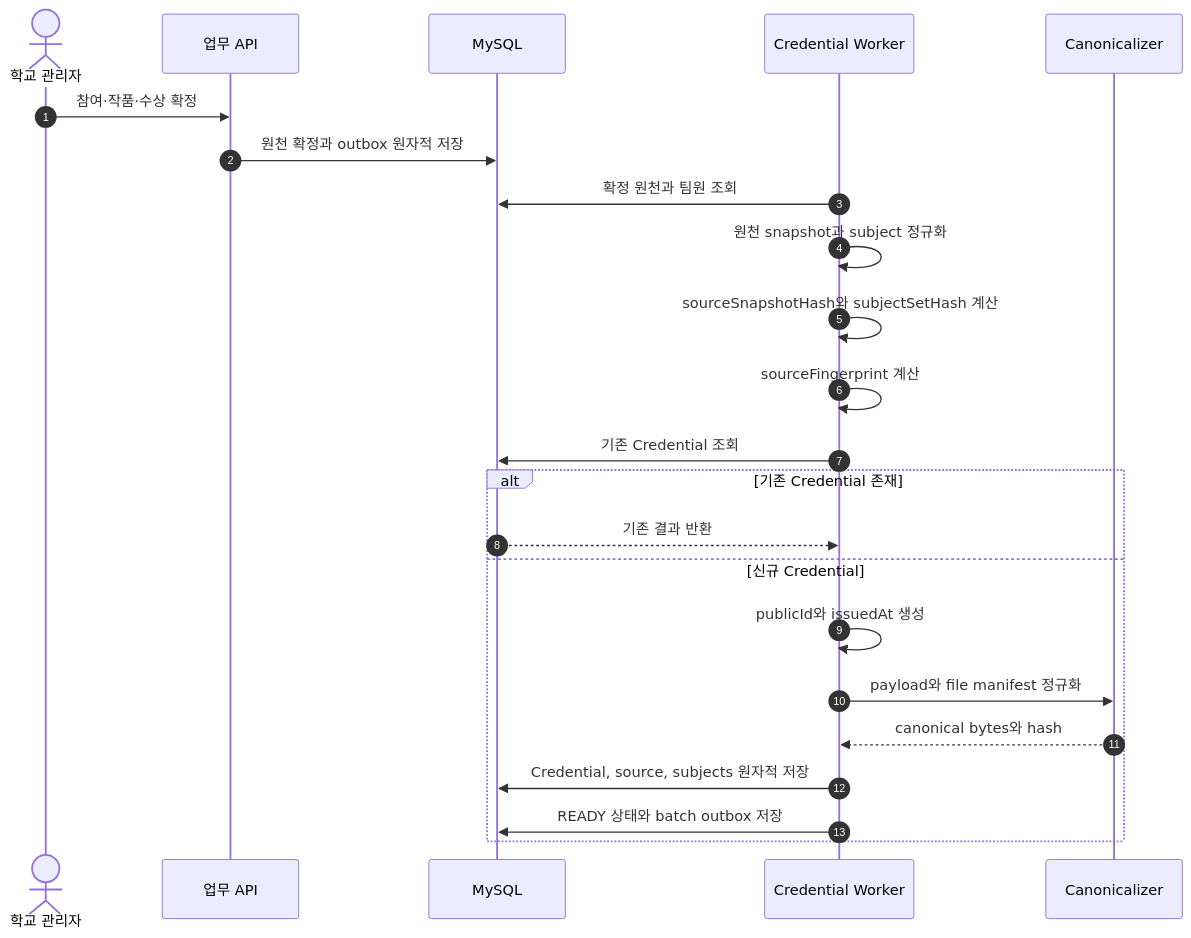
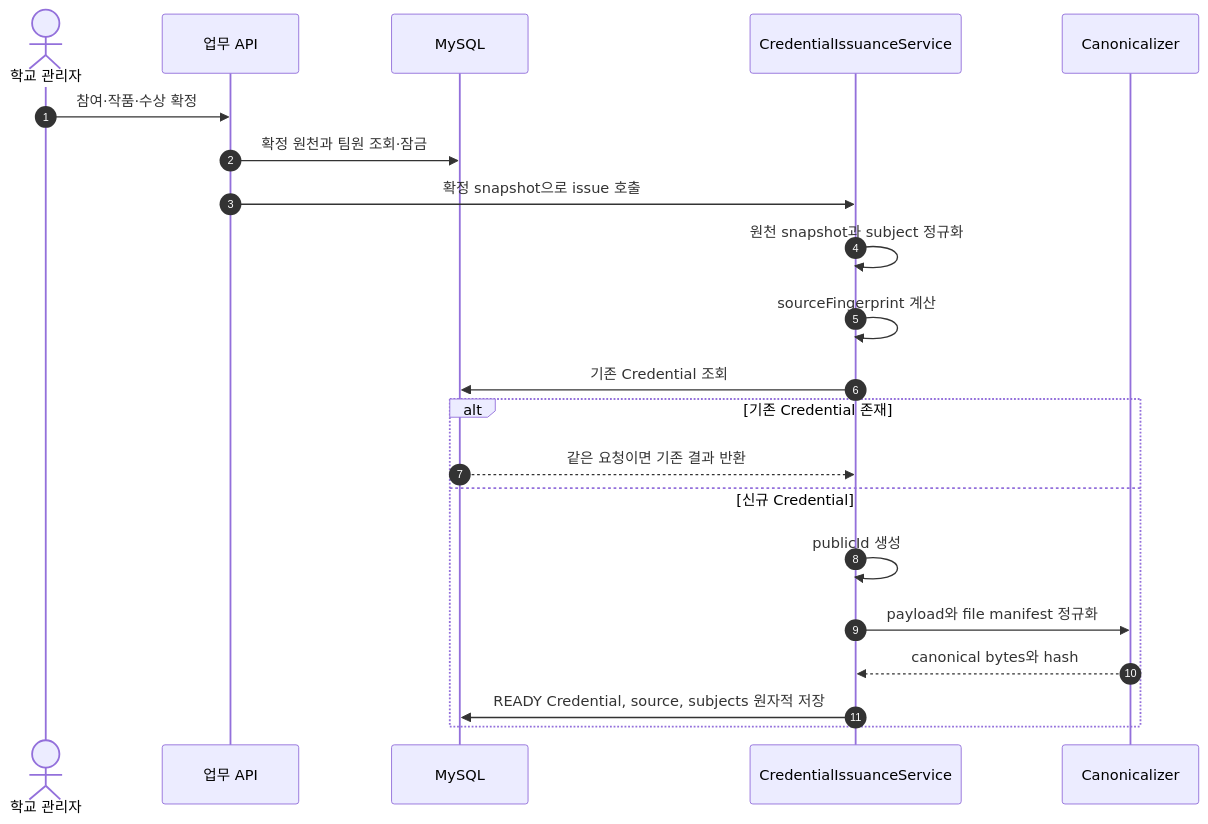
The tenth of 22 diagrams in docs/architecture-diagrams.md (Tok-Baro/Trekkey_BackEnd), drawn with Mermaid before and after one commit. The commit also changed other lines of this file and 123 other files, not shown here.

````diff
--- a/docs/architecture-diagrams.md
+++ b/docs/architecture-diagrams.md
@@ -308,26 +307,24 @@
 ```mermaid
 sequenceDiagram
     autonumber
     actor Admin as 학교 관리자
     participant Domain as 업무 API
     participant DB as MySQL
-    participant Worker as Credential Worker
+    participant Issue as CredentialIssuanceService
     participant Canon as Canonicalizer
 
     Admin->>Domain: 참여·작품·수상 확정
-    Domain->>DB: 원천 확정과 outbox 원자적 저장
-    Worker->>DB: 확정 원천과 팀원 조회
-    Worker->>Worker: 원천 snapshot과 subject 정규화
-    Worker->>Worker: sourceSnapshotHash와 subjectSetHash 계산
-    Worker->>Worker: sourceFingerprint 계산
-    Worker->>DB: 기존 Credential 조회
+    Domain->>DB: 확정 원천과 팀원 조회·잠금
+    Domain->>Issue: 확정 snapshot으로 issue 호출
+    Issue->>Issue: 원천 snapshot과 subject 정규화
+    Issue->>Issue: sourceFingerprint 계산
+    Issue->>DB: 기존 Credential 조회
     alt 기존 Credential 존재
-        DB-->>Worker: 기존 결과 반환
+        DB-->>Issue: 같은 요청이면 기존 결과 반환
     else 신규 Credential
-        Worker->>Worker: publicId와 issuedAt 생성
-        Worker->>Canon: payload와 file manifest 정규화
-        Canon-->>Worker: canonical bytes와 hash
-        Worker->>DB: Credential, source, subjects 원자적 저장
-        Worker->>DB: READY 상태와 batch outbox 저장
+        Issue->>Issue: publicId 생성
+        Issue->>Canon: payload와 file manifest 정규화
+        Canon-->>Issue: canonical bytes와 hash
+        Issue->>DB: READY Credential, source, subjects 원자적 저장
     end
 ```
````
